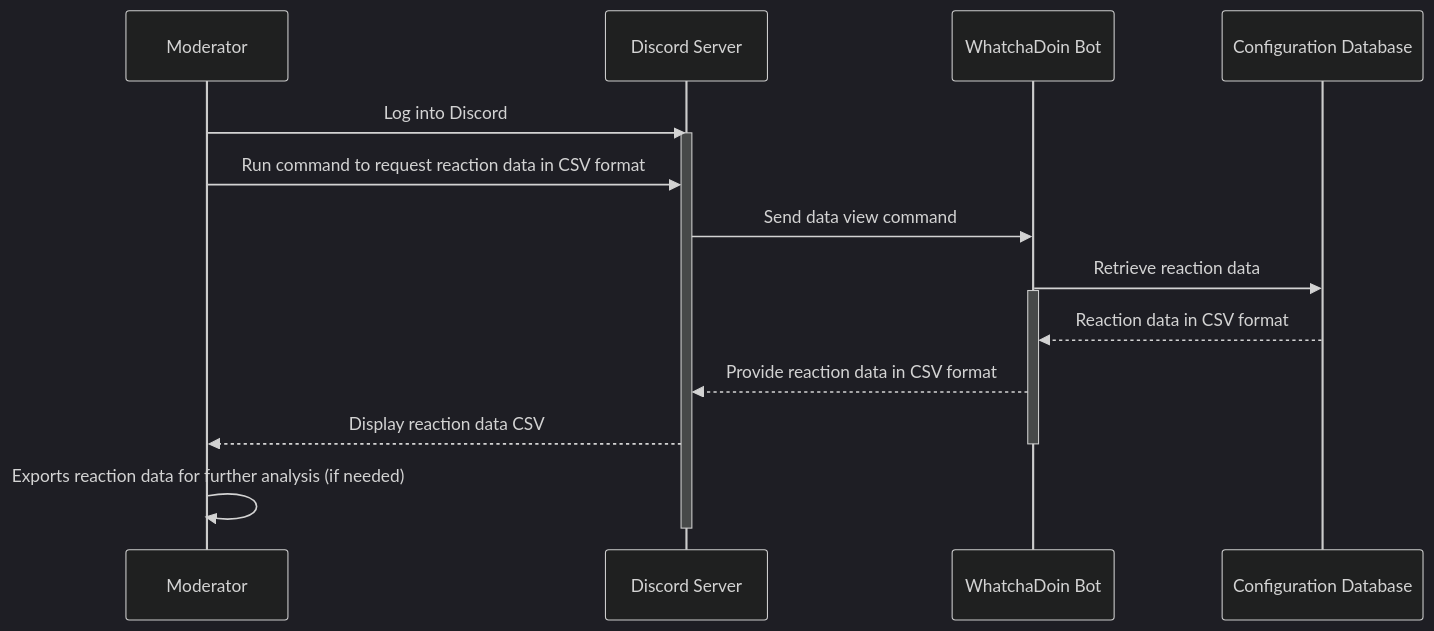
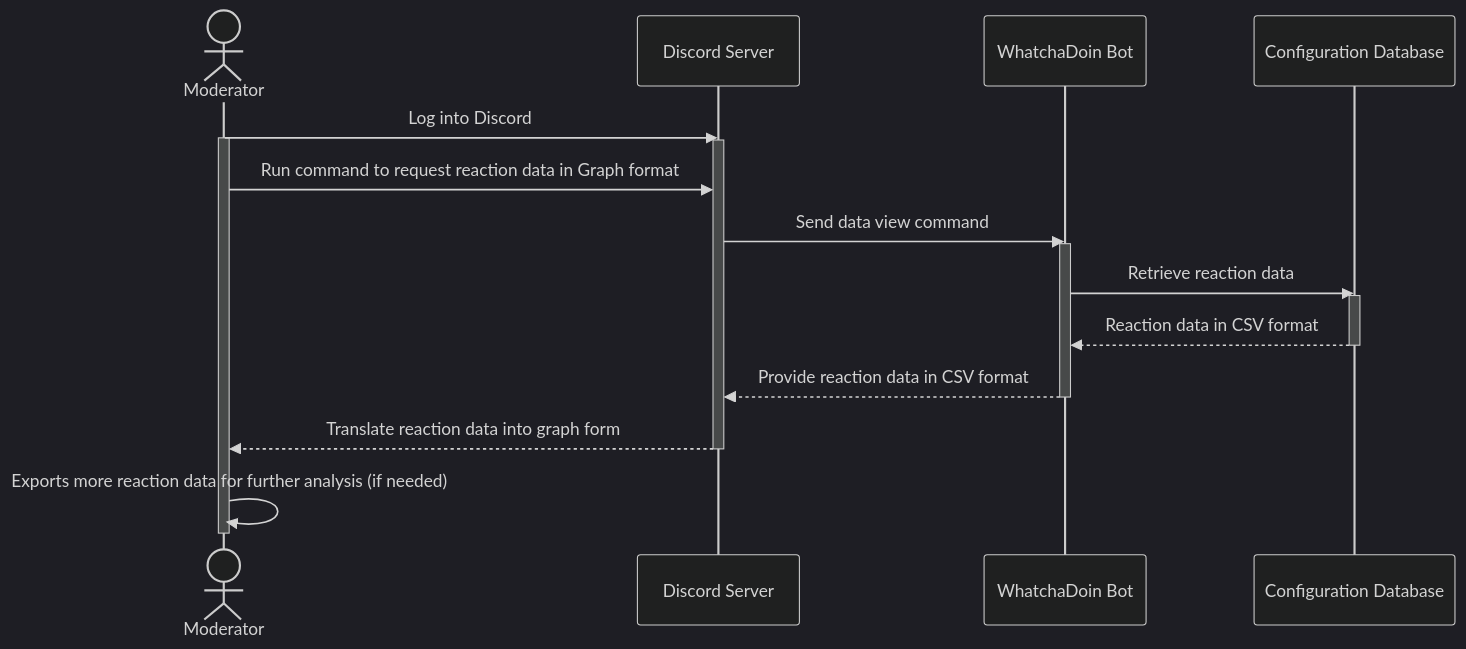
Before and after one commit to Capstone-Projects-2023-Fall/project-bereal-meets-slack: diagram 11 of 11 in documentation/docs/system-architecture/design.md, drawn with Mermaid (dark theme). The commit also changed other lines of this file, not shown here.

````diff
--- a/documentation/docs/system-architecture/design.md
+++ b/documentation/docs/system-architecture/design.md
@@ -524,22 +528,26 @@
 ```mermaid
 
 sequenceDiagram
-    participant Moderator as Moderator
+    actor Moderator as Moderator
     participant Discord as Discord Server
     participant WhatchaDoinBot as WhatchaDoin Bot
     participant Database as Configuration Database
 
     Moderator ->> Discord: Log into Discord
+    activate Moderator
     activate Discord
-    Moderator ->> Discord: Run command to request reaction data in CSV format
+    Moderator ->> Discord: Run command to request reaction data in Graph format
     Discord ->> WhatchaDoinBot: Send data view command
+    activate WhatchaDoinBot
     WhatchaDoinBot ->> Database: Retrieve reaction data
-    activate WhatchaDoinBot
+    activate Database
     Database -->> WhatchaDoinBot: Reaction data in CSV format
+    deactivate Database
     WhatchaDoinBot -->> Discord: Provide reaction data in CSV format
-    Discord -->> Moderator: Display reaction data CSV
     deactivate WhatchaDoinBot
-    Moderator ->> Moderator: Exports reaction data for further analysis (if needed)
+    Discord -->> Moderator: Translate reaction data into graph form
     deactivate Discord
+    Moderator ->> Moderator: Exports more reaction data for further analysis (if needed)
+    deactivate Moderator
 
 ```
````
